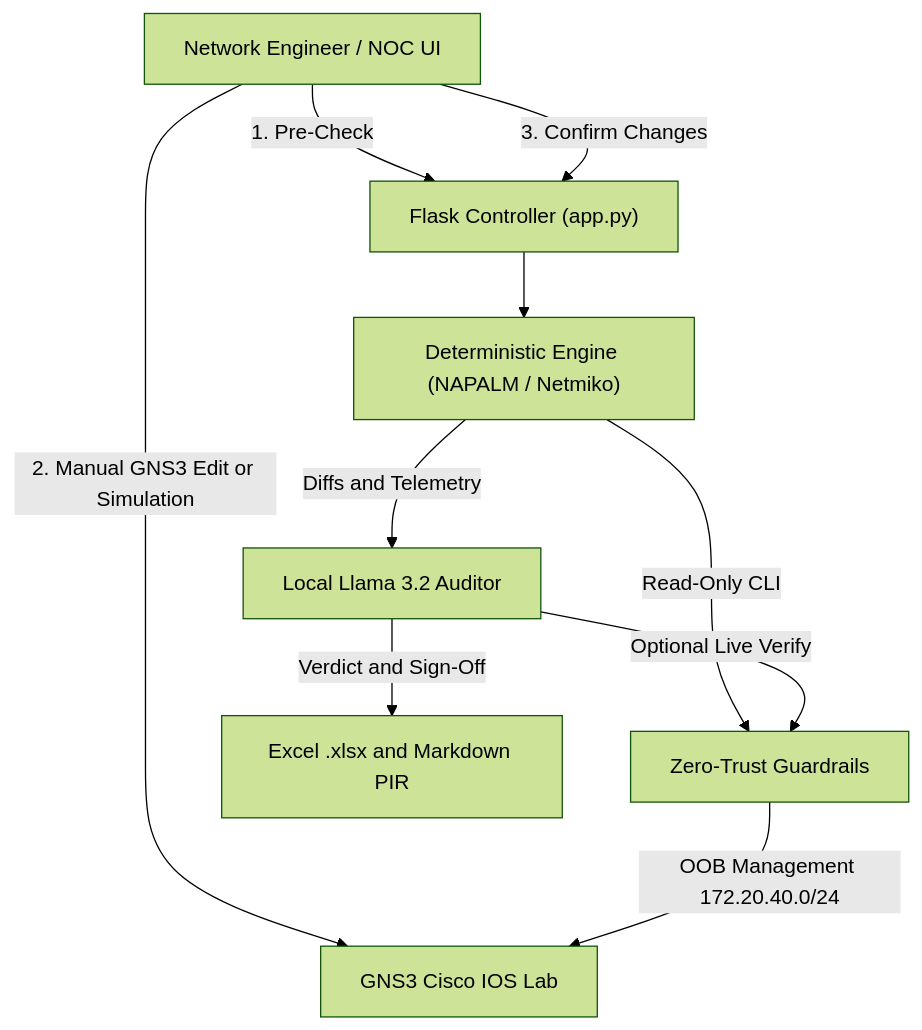
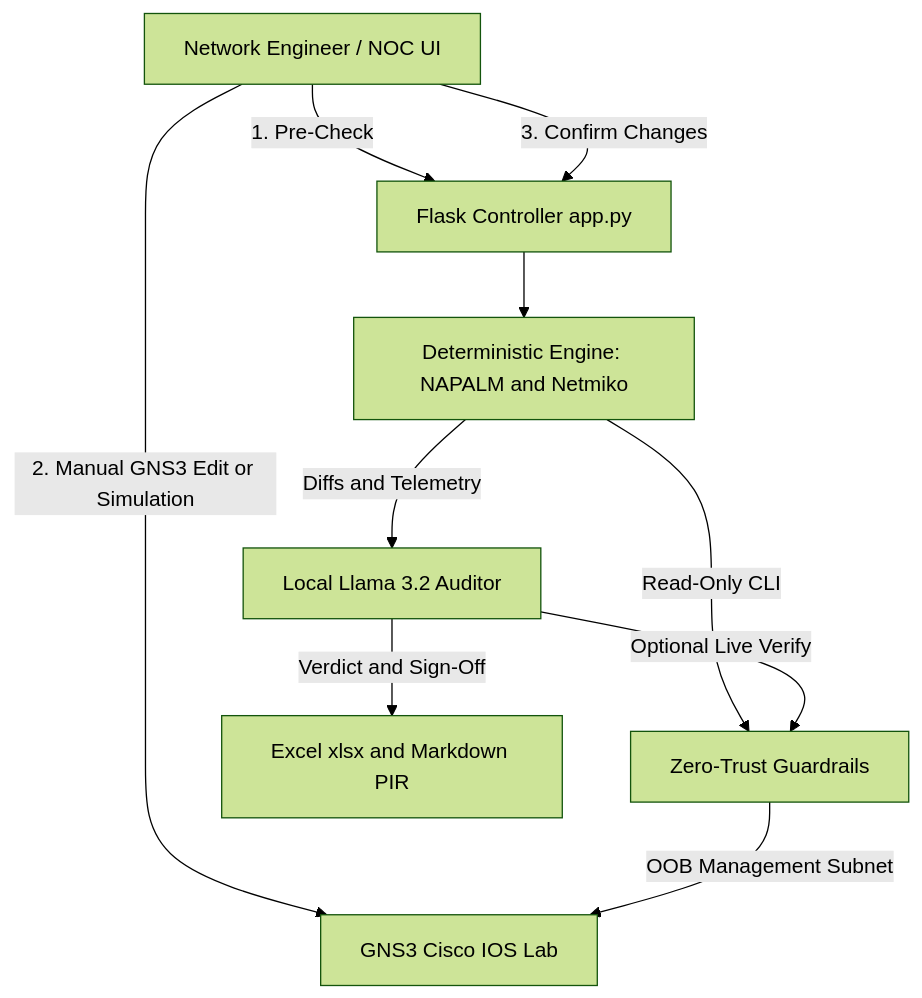
Before and after one commit to shahkh-eng/netops-ai-mop-auditor: the diagram in README.md, drawn with Mermaid (forest theme). The commit also changed other lines of this file, not shown here.

````diff
--- a/README.md
+++ b/README.md
@@ -43,14 +44,14 @@
 ```mermaid
 flowchart TD
-    A["Network Engineer / NOC UI"] -->|"1. Pre-Check"| B["Flask Controller (app.py)"]
-    A -->|"2. Manual GNS3 Edit or Simulation"| C["GNS3 Cisco IOS Lab"]
-    A -->|"3. Confirm Changes"| B
+    A[Network Engineer / NOC UI] -->|1. Pre-Check| B[Flask Controller app.py]
+    A -->|2. Manual GNS3 Edit or Simulation| C[GNS3 Cisco IOS Lab]
+    A -->|3. Confirm Changes| B
 
-    B --> D["Deterministic Engine (NAPALM / Netmiko)"]
-    D -->|"Read-Only CLI"| E["Zero-Trust Guardrails"]
-    E -->|"OOB Management 172.20.40.0/24"| C
+    B --> D[Deterministic Engine: NAPALM and Netmiko]
+    D -->|Read-Only CLI| E[Zero-Trust Guardrails]
+    E -->|OOB Management Subnet| C
 
-    D -->|"Diffs and Telemetry"| F["Local Llama 3.2 Auditor"]
-    F -->|"Optional Live Verify"| E
-    F -->|"Verdict and Sign-Off"| G["Excel .xlsx and Markdown PIR"]
+    D -->|Diffs and Telemetry| F[Local Llama 3.2 Auditor]
+    F -->|Optional Live Verify| E
+    F -->|Verdict and Sign-Off| G[Excel xlsx and Markdown PIR]
 ```
````
